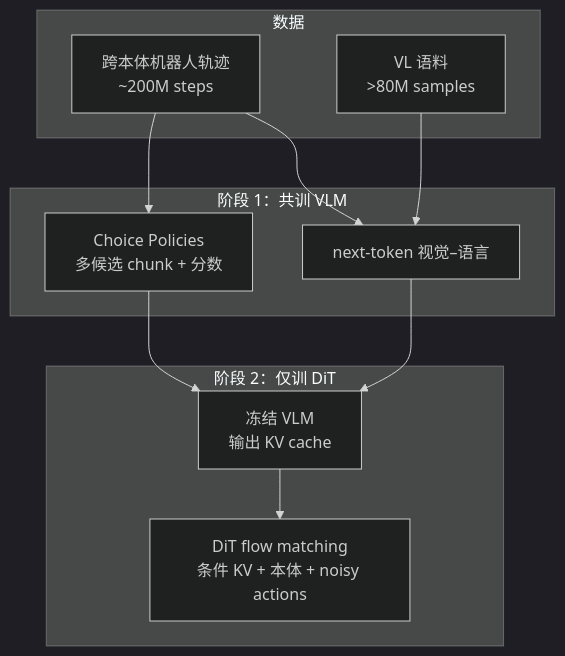
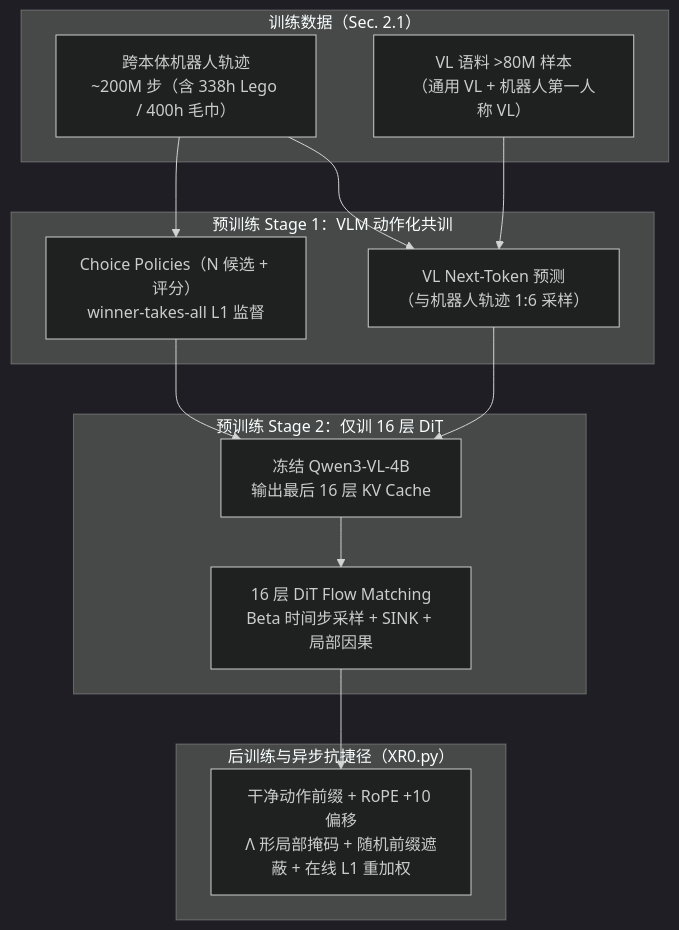
Before and after one commit to ImChong/Robotics_Notebooks: the first of 3 diagrams in wiki/entities/xiaomi-robotics-0.md, drawn with Mermaid (dark theme). The commit also changed other lines of this file and 192 other files, not shown here.

Commit message:
[2026-11-14] ingest | roadmap/depth-vla.md — 补齐 VLA 纵深路线全部节点原文证据与满分健康度

````diff
--- a/wiki/entities/xiaomi-robotics-0.md
+++ b/wiki/entities/xiaomi-robotics-0.md
@@ -65,21 +72,25 @@
 ```mermaid
 flowchart TB
-  subgraph data [数据]
-    R[跨本体机器人轨迹\n~200M steps]
-    V[VL 语料\n>80M samples]
+  subgraph data ["训练数据（Sec. 2.1）"]
+    R["跨本体机器人轨迹\n~200M 步（含 338h Lego / 400h 毛巾）"]
+    V["VL 语料 >80M 样本\n（通用 VL + 机器人第一人称 VL）"]
   end
-  subgraph s1 [阶段 1：共训 VLM]
-    M[Choice Policies\n多候选 chunk + 分数]
-    VLloss[next-token 视觉–语言]
+  subgraph s1 ["预训练 Stage 1：VLM 动作化共训"]
+    CP["Choice Policies（N 候选 + 评分）\nwinner-takes-all L1 监督"]
+    NTP["VL Next-Token 预测\n（与机器人轨迹 1:6 采样）"]
   end
-  subgraph s2 [阶段 2：仅训 DiT]
-    F[冻结 VLM\n输出 KV cache]
-    D[DiT flow matching\n条件 KV + 本体 + noisy actions]
+  subgraph s2 ["预训练 Stage 2：仅训 16 层 DiT"]
+    FVLM["冻结 Qwen3-VL-4B\n输出最后 16 层 KV Cache"]
+    DIT["16 层 DiT Flow Matching\nBeta 时间步采样 + SINK + 局部因果"]
   end
-  R --> M
-  V --> VLloss
-  R --> VLloss
-  M --> F
-  VLloss --> F
-  F --> D
+  subgraph post ["后训练与异步抗捷径（XR0.py）"]
+    PT["干净动作前缀 + RoPE +10 偏移\nΛ 形局部掩码 + 随机前缀遮蔽 + 在线 L1 重加权"]
+  end
+  R --> CP
+  V --> NTP
+  R --> NTP
+  CP --> FVLM
+  NTP --> FVLM
+  FVLM --> DIT
+  DIT --> PT
 ```
````
